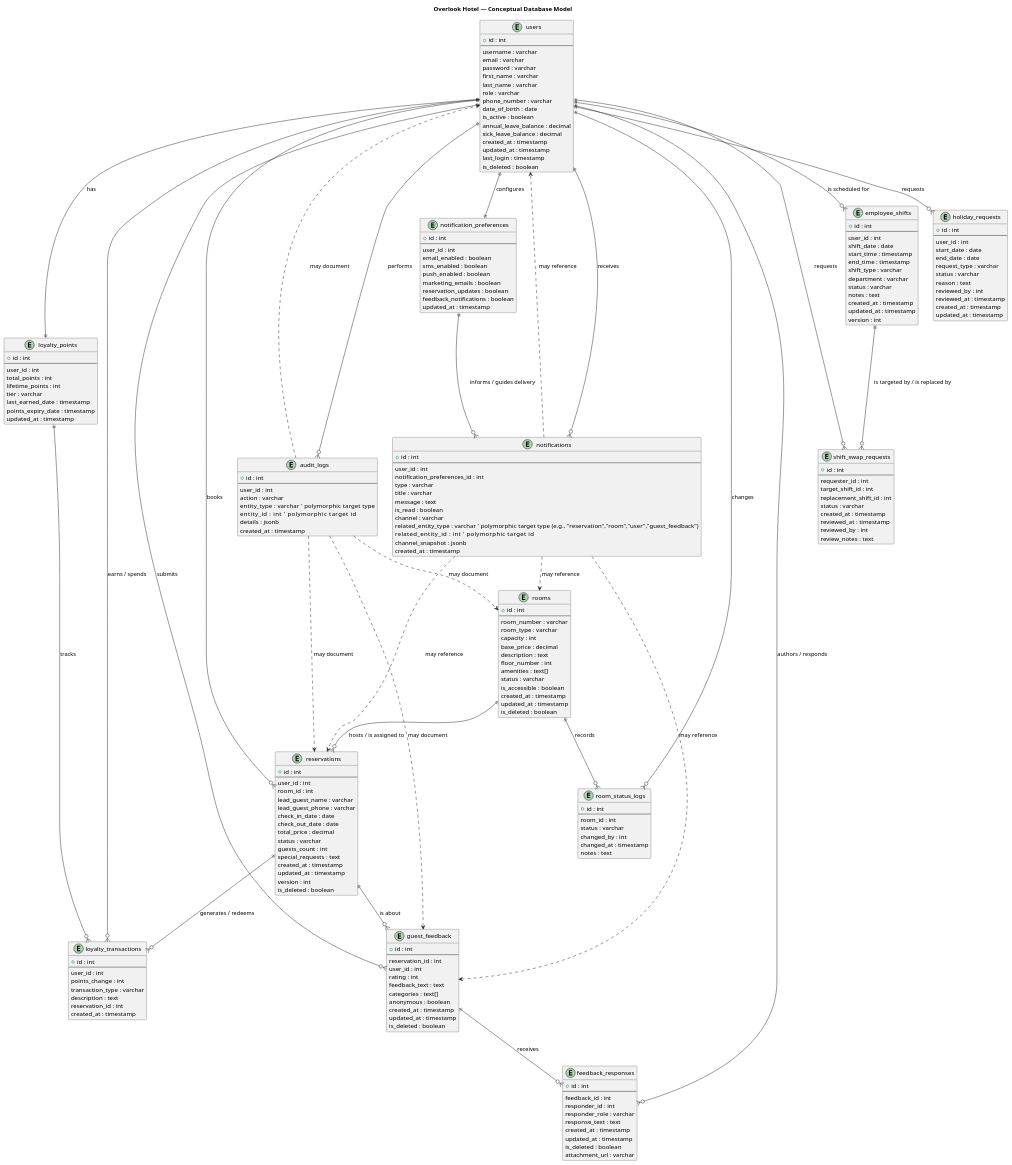
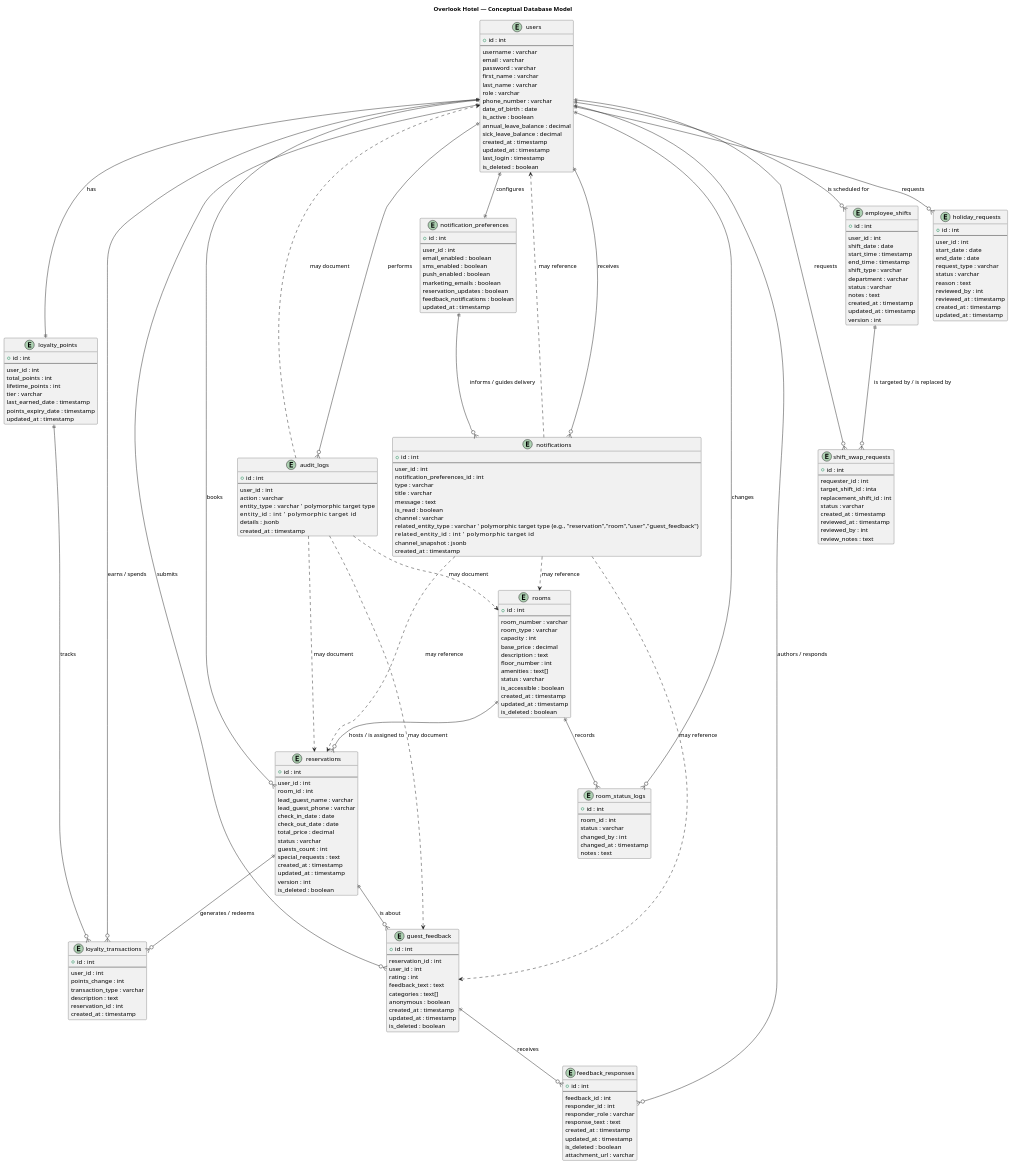
The diagram in docs/design/diagrams/MCD.puml (jerome-cossu/overlook_hotel), drawn with PlantUML before and after one commit. The commit also changed 2 other files, not shown here.

Commit message:
feat: add redesigned db schema.sql and seed data

```diff
--- a/docs/design/diagrams/MCD.puml
+++ b/docs/design/diagrams/MCD.puml
@@ -104,7 +104,7 @@
   + id : int
   --
   requester_id : int
-  target_shift_id : int
+  target_shift_id : inta
   replacement_shift_id : int
   status : varchar
   created_at : timestamp
```
